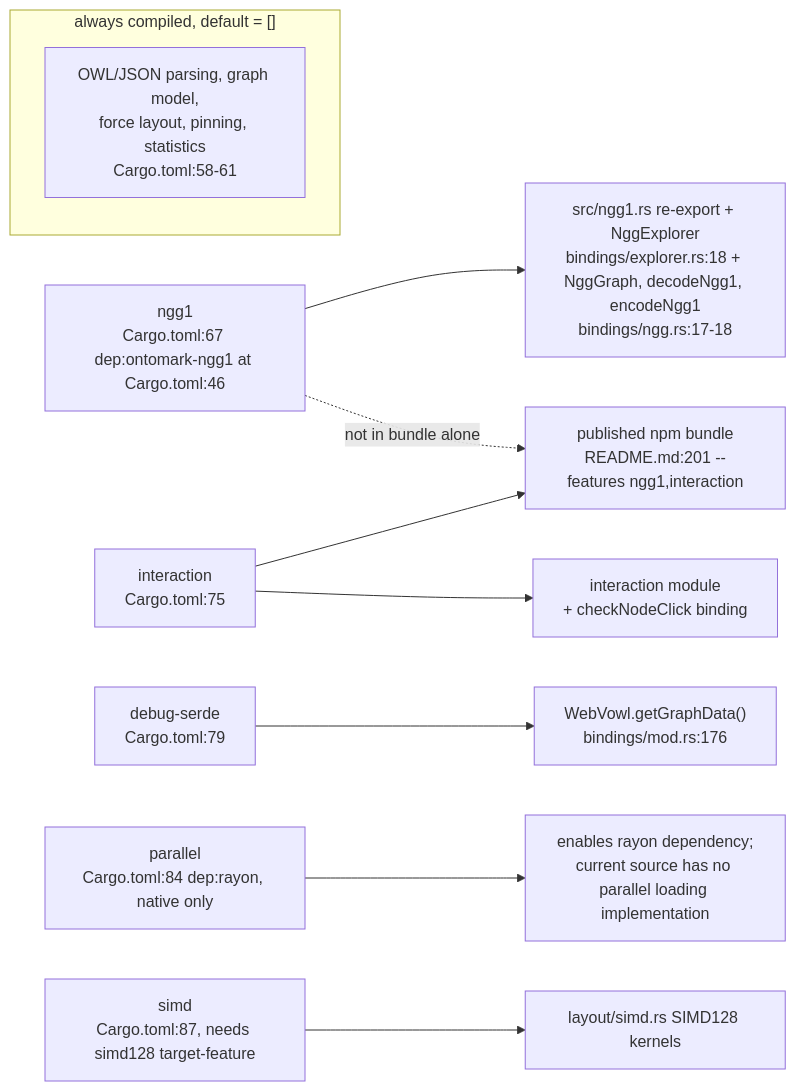
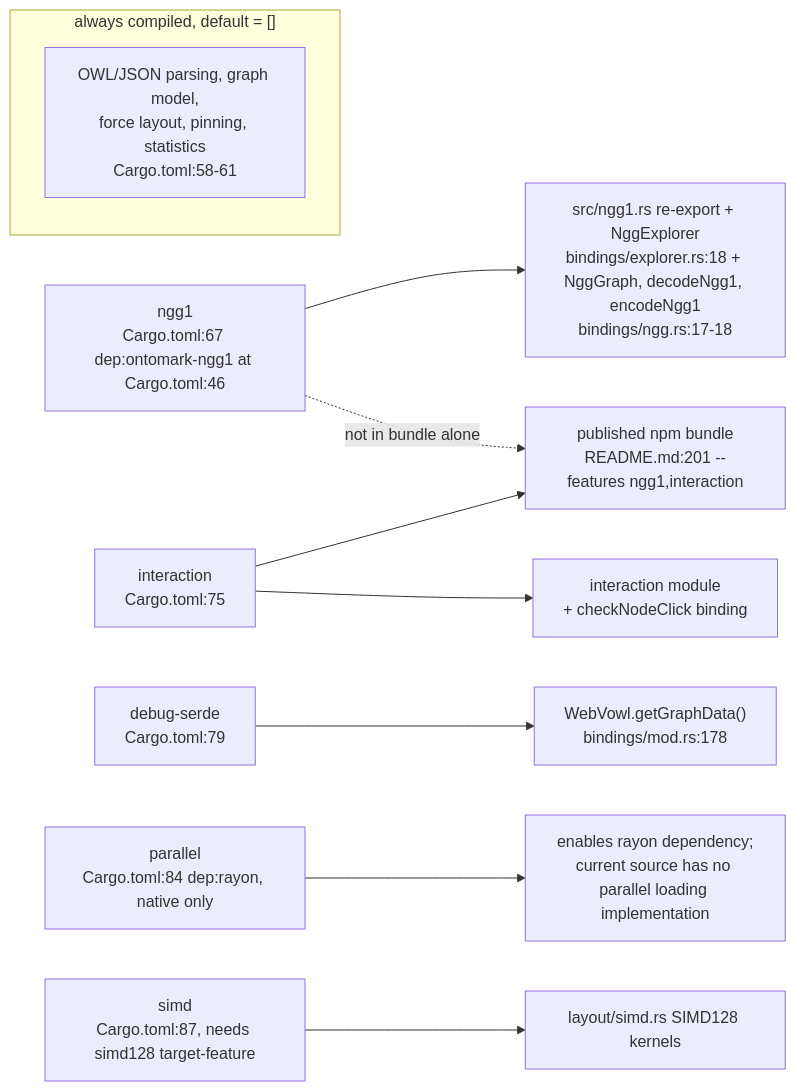
The second of 6 diagrams in docs/diagrams/vowl-wasm/01-crate-composition-and-wasm-boundary.md (DreamLab-AI/VisionFlow), drawn with Mermaid before and after one commit. The commit also changed other lines of this file and 154 other files, not shown here.

First line of the commit message:
docs(diagrams): re-stamp 154 topics whose every citation still reads the same text at the current heads

````diff
--- a/docs/diagrams/vowl-wasm/01-crate-composition-and-wasm-boundary.md
+++ b/docs/diagrams/vowl-wasm/01-crate-composition-and-wasm-boundary.md
@@ -50,13 +50,13 @@
 ```mermaid
 flowchart LR
     subgraph Always["always compiled, default = []"]
         CORE["OWL/JSON parsing, graph model,<br/>force layout, pinning, statistics<br/>Cargo.toml:58-61"]
     end
     NGG1F["ngg1<br/>Cargo.toml:67 dep:ontomark-ngg1 at Cargo.toml:46"] --> NGGMOD["src/ngg1.rs re-export + NggExplorer<br/>bindings/explorer.rs:18 + NggGraph, decodeNgg1, encodeNgg1<br/>bindings/ngg.rs:17-18"]
     INTF["interaction<br/>Cargo.toml:75"] --> INTMOD["interaction module<br/>+ checkNodeClick binding"]
-    DBGF["debug-serde<br/>Cargo.toml:79"] --> DBGMOD["WebVowl.getGraphData()<br/>bindings/mod.rs:176"]
+    DBGF["debug-serde<br/>Cargo.toml:79"] --> DBGMOD["WebVowl.getGraphData()<br/>bindings/mod.rs:178"]
     PARF["parallel<br/>Cargo.toml:84 dep:rayon, native only"] --> PARMOD["enables rayon dependency;<br/>current source has no parallel loading implementation"]
     SIMDF["simd<br/>Cargo.toml:87, needs simd128 target-feature"] --> SIMDMOD["layout/simd.rs SIMD128 kernels"]
     NGG1F -. "not in bundle alone" .-> BUNDLE
     INTF --> BUNDLE["published npm bundle<br/>README.md:201 --features ngg1,interaction"]
 ```
````
